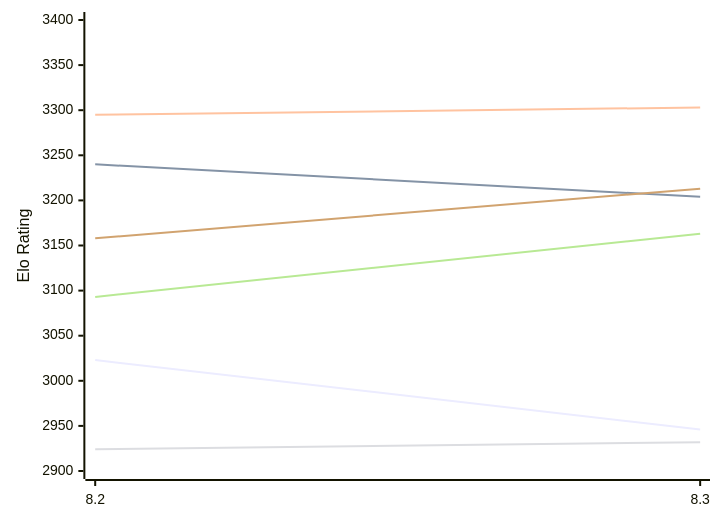
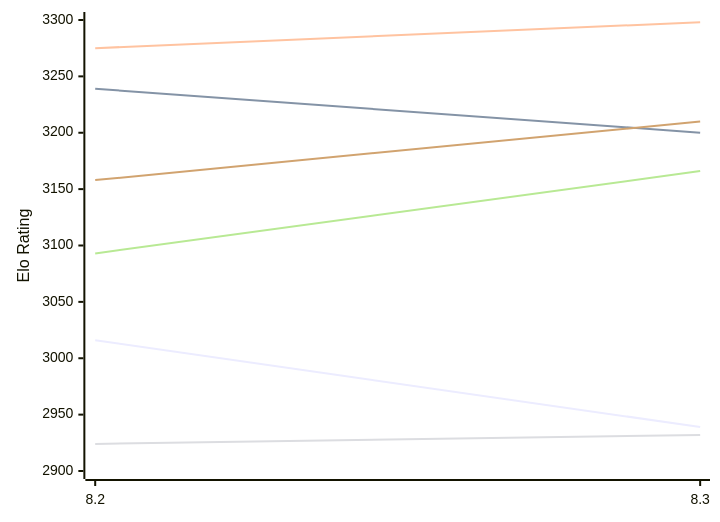
One commit to computer-chess-index/cci changed the first of 2 diagrams in engines/Alexander.md. Above: the diagram before and after it, drawn with Mermaid. The commit also changed other lines of this file, not shown here.

Commit message:
Update CCI Ratings (ELO VLTC) - 2026-11-26

````diff
--- a/engines/Alexander.md
+++ b/engines/Alexander.md
@@ -52,12 +52,12 @@
 ```mermaid
 %%{init: {"theme":"base","themeVariables":{"seriesColors:['#a3a3a3','#222221','#faa371']}}}%%
 xychart-beta
   x-axis ["8.2", "8.3"]
-  y-axis "Elo Rating" 2900 --> 3400
-  line "E1: STC (8.0+0.08s)" [3023, 2946]
-  line "E1: LTC (60.0+0.60s)" [3240, 3204]
-  line "E1: VLTC (2m24s+1.12s)" [3295, 3303]
+  y-axis "Elo Rating" 2900 --> 3300
+  line "E1: STC (8.0+0.08s)" [3016, 2939]
+  line "E1: LTC (60.0+0.60s)" [3239, 3200]
+  line "E1: VLTC (2m24s+1.12s)" [3275, 3298]
   line "P1: STC (8.0+0.08s)" [2924, 2932]
-  line "P1: LTC (60.0+0.60s)" [3093, 3163]
-  line "P1: VLTC (2m24s+1.12s)" [3158, 3213]
+  line "P1: LTC (60.0+0.60s)" [3093, 3166]
+  line "P1: VLTC (2m24s+1.12s)" [3158, 3210]
 ```
````
